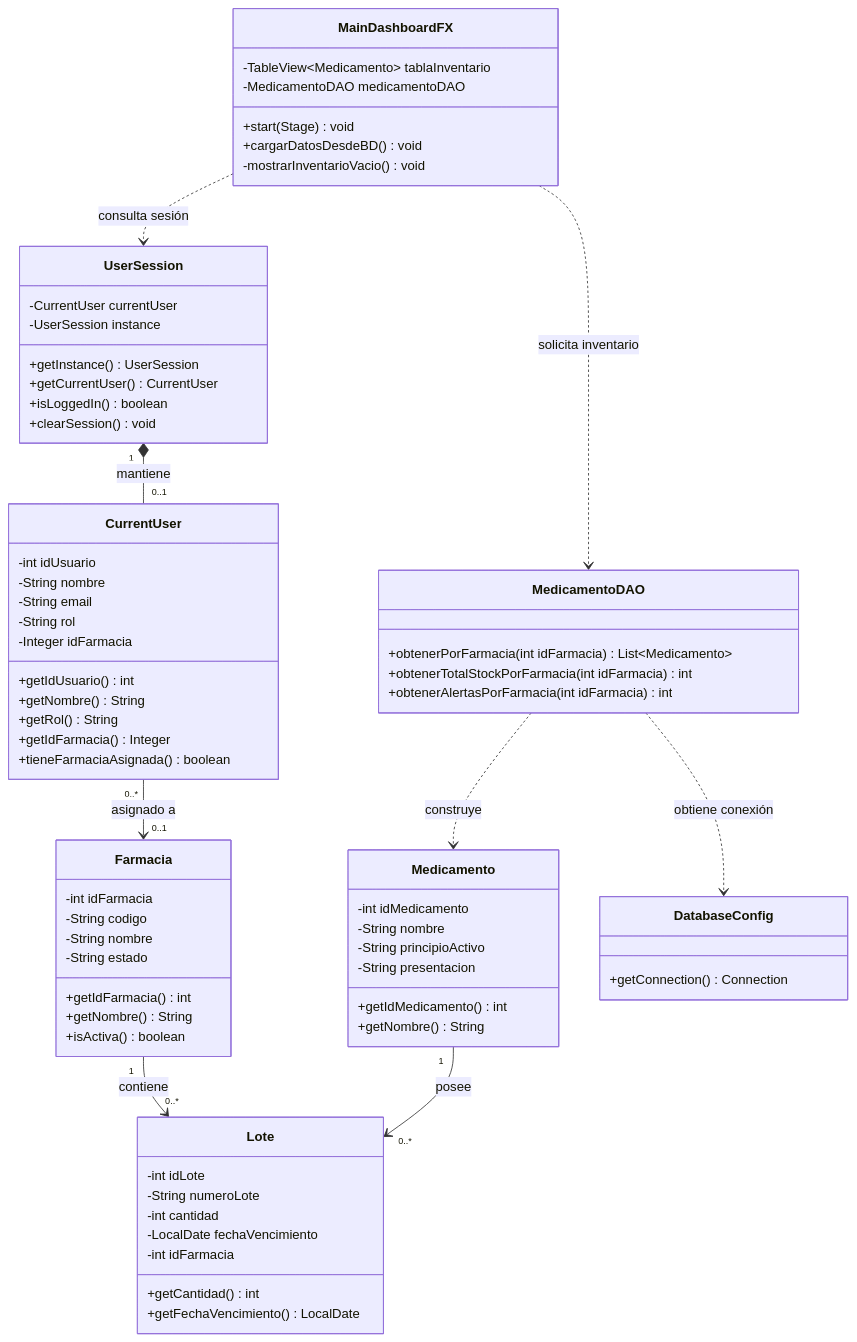
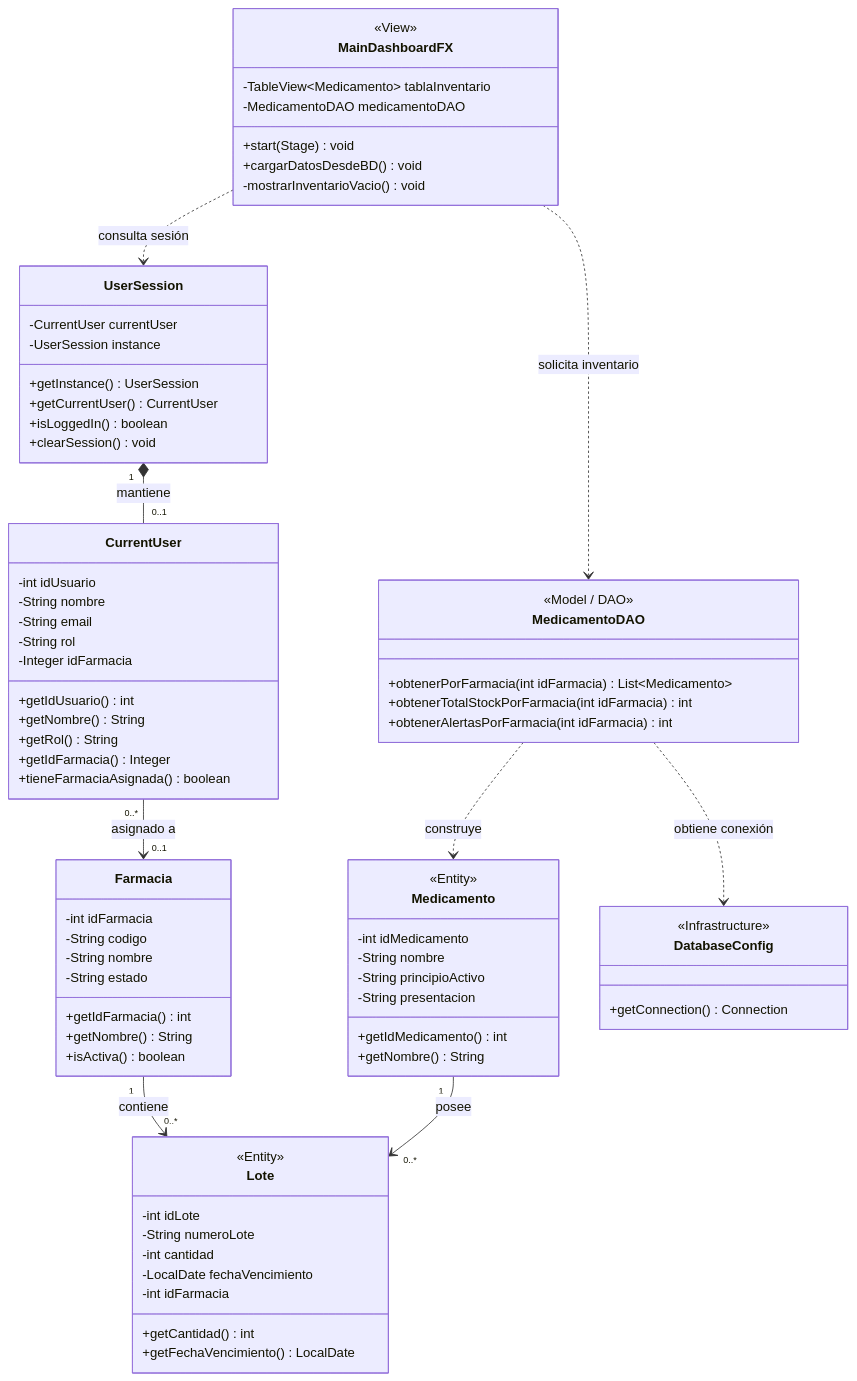
One commit to puj-course/FIS_2630_1204_G1 changed the second of 2 diagrams in docs/diagramas/HU-67/DIAGRAMA_CLASES.md. Above: the diagram before and after it, drawn with Mermaid. The commit also changed other lines of this file, not shown here.

```diff
--- a/docs/diagramas/HU-67/DIAGRAMA_CLASES.md
+++ b/docs/diagramas/HU-67/DIAGRAMA_CLASES.md
@@ -40,6 +84,7 @@
     }
 
     class MainDashboardFX {
+        <<View>>
         -TableView~Medicamento~ tablaInventario
         -MedicamentoDAO medicamentoDAO
         +start(Stage) void
@@ -48,12 +93,14 @@
     }
 
     class MedicamentoDAO {
+        <<Model / DAO>>
         +obtenerPorFarmacia(int idFarmacia) List~Medicamento~
         +obtenerTotalStockPorFarmacia(int idFarmacia) int
         +obtenerAlertasPorFarmacia(int idFarmacia) int
     }
 
     class Medicamento {
+        <<Entity>>
         -int idMedicamento
         -String nombre
         -String principioActivo
@@ -63,6 +110,7 @@
     }
 
     class Lote {
+        <<Entity>>
         -int idLote
         -String numeroLote
         -int cantidad
@@ -73,6 +121,7 @@
     }
 
     class DatabaseConfig {
+        <<Infrastructure>>
         +getConnection() Connection
     }
 
```
